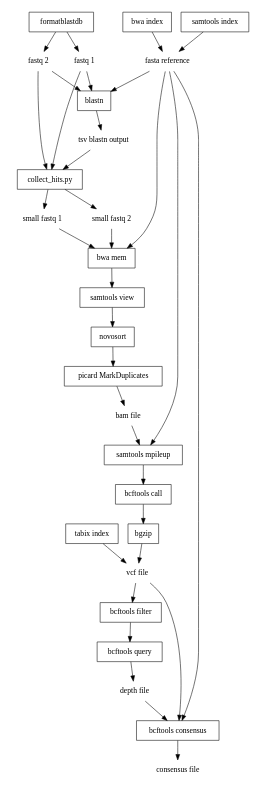
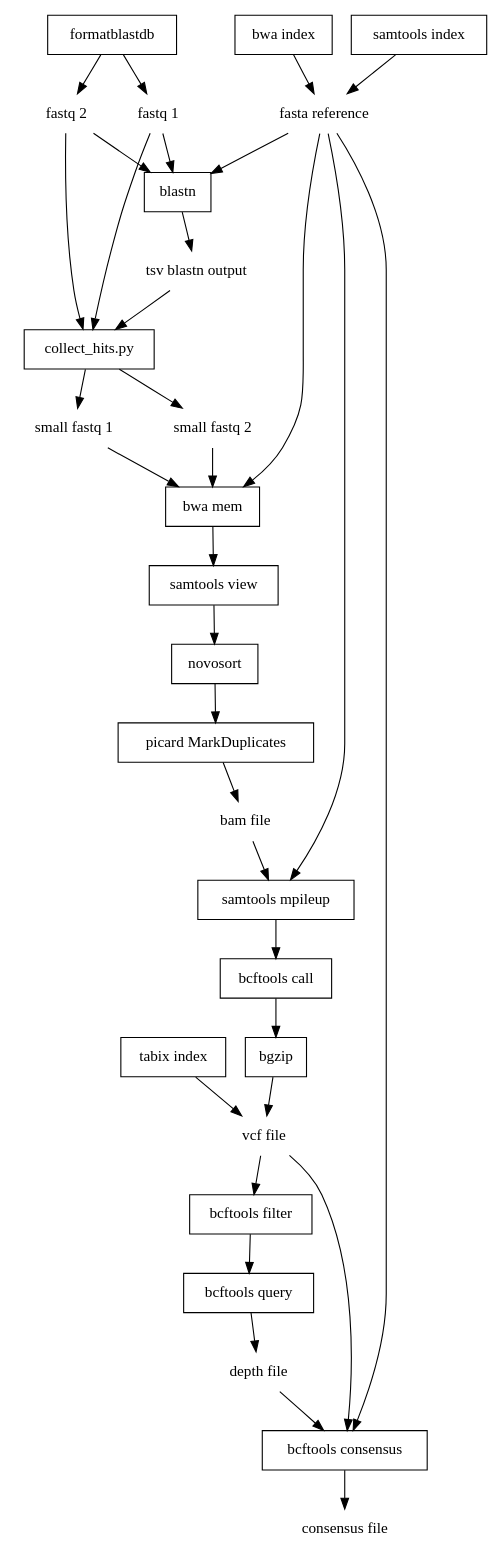
One commit to TheCulliganMan/dot_test changed the diagram in fourth_run/cgap_unclustered.gv. Above: the diagram before and after it, drawn with Graphviz. The commit also changed 1 other file, not shown here.

```diff
--- a/fourth_run/cgap_unclustered.gv
+++ b/fourth_run/cgap_unclustered.gv
@@ -1,81 +1,81 @@
 digraph G {
 
-  size = "4, 8";
+  size = "8, 16";
 
   "fastq 1" [shape=none];
   "fastq 2" [shape=none];
   "small fastq 1" [shape=none];
   "small fastq 2" [shape=none];
   "fasta reference" [shape=none];
   "tsv blastn output" [shape=none];
   "bam file" [shape=none];
   "vcf file" [shape=none];
   "consensus file" [shape=none];
   "depth file" [shape=none];
   "blastn" [shape=box];
   "collect_hits.py" [shape=box];
   "bwa mem" [shape=box];
   "samtools view" [shape=box];
   "novosort" [shape=box];
   "picard MarkDuplicates" [shape=box];
   "samtools index" [shape=box];
   "bwa index" [shape=box];
   "samtools mpileup" [shape=box];
   "bcftools call" [shape=box];
   "bgzip" [shape=box];
   "tabix index" [shape=box];
   "formatblastdb" [shape=box];
   "bcftools filter" [shape=box];
   "bcftools query" [shape=box];
   "bcftools consensus" [shape=box];
 
   "samtools index" -> "fasta reference";
   "bwa index" -> "fasta reference";
 
   "formatblastdb" -> "fastq 2"
   "formatblastdb" -> "fastq 1"
 
   "fastq 2" -> "blastn";
   "fastq 1" -> "blastn";
   "fasta reference" -> "blastn";
 
   "blastn" -> "tsv blastn output";
 
   "fastq 1" -> "collect_hits.py";
   "fastq 2" -> "collect_hits.py";
   "tsv blastn output" -> "collect_hits.py";
 
   "collect_hits.py" -> "small fastq 2";
   "collect_hits.py" -> "small fastq 1";
 
   "small fastq 1" -> "bwa mem";
   "small fastq 2" -> "bwa mem";
   "fasta reference" -> "bwa mem";
 
   "bwa mem" -> "samtools view";
   "samtools view" -> "novosort";
   "novosort" -> "picard MarkDuplicates";
   "picard MarkDuplicates" -> "bam file";
 
   "bam file" -> "samtools mpileup";
   "fasta reference" -> "samtools mpileup";
 
   "samtools mpileup" -> "bcftools call";
 
   "bcftools call" -> "bgzip";
 
   "bgzip" -> "vcf file";
 
   "tabix index" -> "vcf file";
 
   "vcf file" -> "bcftools filter";
   "bcftools filter" -> "bcftools query";
   "bcftools query" -> "depth file";
 
   "vcf file" -> "bcftools consensus";
   "depth file" -> "bcftools consensus";
   "fasta reference" -> "bcftools consensus";
 
   "bcftools consensus" -> "consensus file";
 
 }
```
